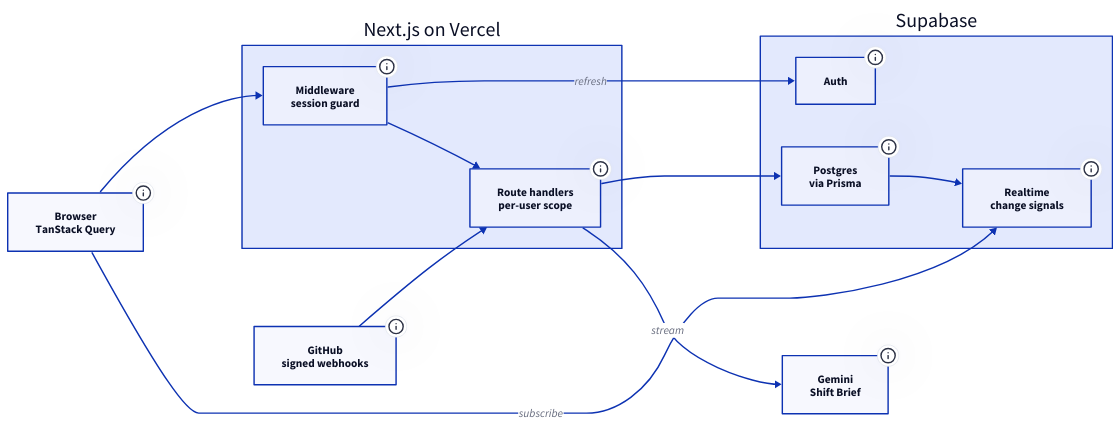
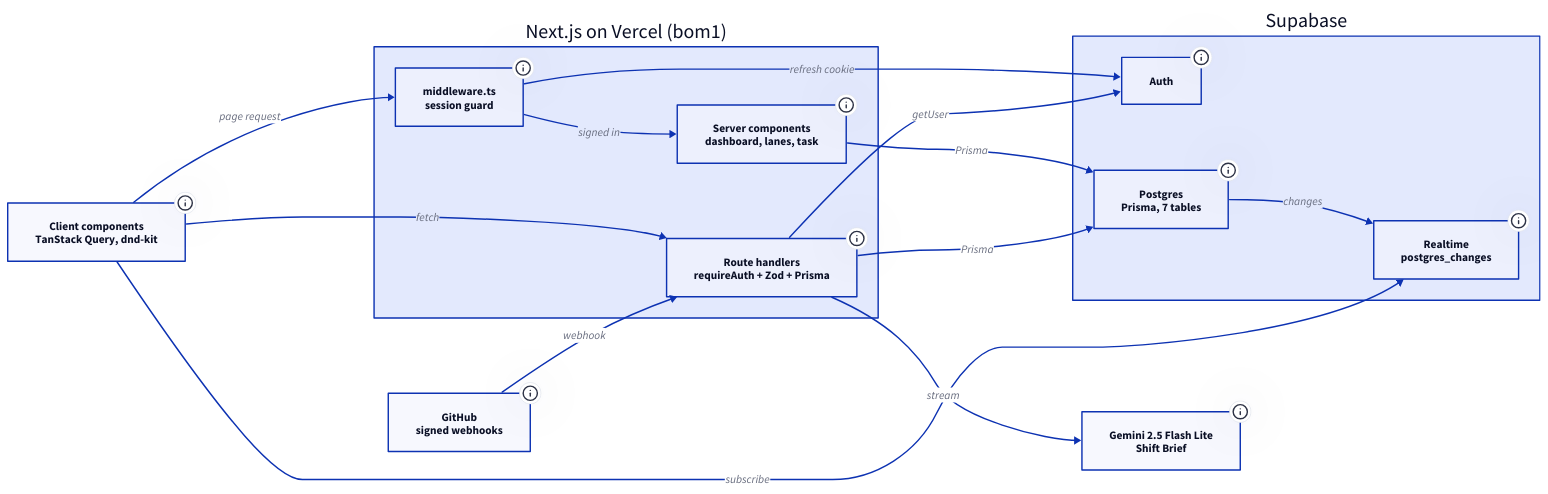
The diagram in data/projects/diagrams/taskflow-system.d2 (kunalgoesbyken/portfoliov1), drawn with D2 before and after one commit. The commit also changed 54 other files, not shown here.

Commit message:
Describe each architecture from its codebase, add stack logos, drop redundant stats and card styling

```diff
--- a/data/projects/diagrams/taskflow-system.d2
+++ b/data/projects/diagrams/taskflow-system.d2
@@ -1,53 +1,60 @@
 direction: right
 
-browser: Browser\nTanStack Query {
+browser: Client components\nTanStack Query, dnd-kit {
   class: client
-  tooltip: "Server components render the first view through Prisma; client components fetch and mutate through TanStack Query. Drag and drop between timezone lanes uses dnd-kit."
+  tooltip: "Fetches and mutates through route handlers with TanStack Query. The timezone lanes use dnd-kit and call the reassign route on drop. Realtime hooks only invalidate the query cache."
 }
 
-app: Next.js on Vercel {
+app: Next.js on Vercel (bom1) {
   class: zone
-  guard: Middleware\nsession guard {
+  mw: middleware.ts\nsession guard {
     class: service
-    tooltip: "Refreshes the Supabase session cookie on each request and redirects signed-out visitors away from the dashboard, tasks, analytics and settings."
+    tooltip: "Runs on page routes only, not on /api. Refreshes the Supabase session cookie and redirects signed-out visitors from /dashboard, /tasks, /analytics and /settings to /login."
   }
-  api: Route handlers\nper-user scope {
+  pages: Server components\ndashboard, lanes, task {
     class: service
-    tooltip: "26 handlers. Every query is scoped to tasks the caller created or is assigned. Bulk changes first verify access to every id, then run one updateMany plus one createMany for the audit trail: 2 statements for any batch size."
+    tooltip: "Call getAuthUser(), then read tasks through Prisma with the same creator-or-assignee filter as the API, so the first render already has data."
   }
-  guard -> api
+  routes: Route handlers\nrequireAuth + Zod + Prisma {
+    class: service
+    tooltip: 'Every handler verifies the user with Supabase, validates input with Zod and scopes task queries to the creator or assignee. The bulk route runs updateMany and the audit createMany in one prisma.$transaction.'
+  }
 }
 
 supabase: Supabase {
   class: zone
   auth: Auth {
     class: external
-    tooltip: "Email and password plus GitHub OAuth. The demo sign-in creates its user on first use and seeds a workspace with fixed ids and skip-duplicates, so concurrent first visitors cannot create copies."
+    tooltip: "Email and password plus GitHub OAuth. The demo sign-in creates its user with the service role key on first use, then seeds a workspace with fixed ids and skip-duplicates."
   }
-  db: Postgres\nvia Prisma {
+  db: Postgres\nPrisma, 7 tables {
     class: store
-    tooltip: "7 tables. Composite indexes on assignee and creator with updatedAt back the dashboard query. Pooled connections for queries, a direct URL for migrations."
+    tooltip: "Tasks, task events, notifications, users, handoff templates, GitHub tokens and Slack installations. Composite indexes on assignee and creator with updatedAt back the dashboard query. Queries use the pooled URL, migrations the direct URL."
   }
-  realtime: Realtime\nchange signals {
+  realtime: Realtime\npostgres_changes {
     class: external
-    tooltip: "Change payloads carry no joined rows, so each event only invalidates the TanStack Query cache and the client refetches the same joined shape the API returns. One data path instead of two."
+    tooltip: "Task and notification changes arrive as signals. Payloads carry no joined rows, so each event invalidates the query cache and the client refetches the full shape from the API."
   }
-  db -> realtime
+  db -> realtime: changes
 }
 
 github: GitHub\nsigned webhooks {
   class: external
-  tooltip: "Webhooks are verified by recomputing the HMAC with a timing-safe compare. Stored GitHub tokens are encrypted with AES-256-GCM."
+  tooltip: "Posts issue and pull request events. The route recomputes the HMAC-SHA256 signature with a timing-safe compare before it marks linked tasks done or reopens them."
 }
 
-gemini: Gemini\nShift Brief {
+gemini: Gemini 2.5 Flash Lite\nShift Brief {
   class: model
-  tooltip: "Summarises what changed in the last day or week from the user's recently updated tasks, streamed back as server-sent events."
+  tooltip: "The shift-brief route sends the caller's tasks updated in the last 24 hours or 7 days as a prompt and relays the response as server-sent events, with a 15 second timeout."
 }
 
-browser -> app.guard
-app.guard -> supabase.auth: refresh
-app.api -> supabase.db
+browser -> app.mw: page request
+app.mw -> app.pages: signed in
+app.mw -> supabase.auth: refresh cookie
+browser -> app.routes: fetch
+app.routes -> supabase.auth: getUser
+app.pages -> supabase.db: Prisma
+app.routes -> supabase.db: Prisma
 browser -> supabase.realtime: subscribe
-github -> app.api
-app.api -> gemini: stream
+github -> app.routes: webhook
+app.routes -> gemini: stream
```
